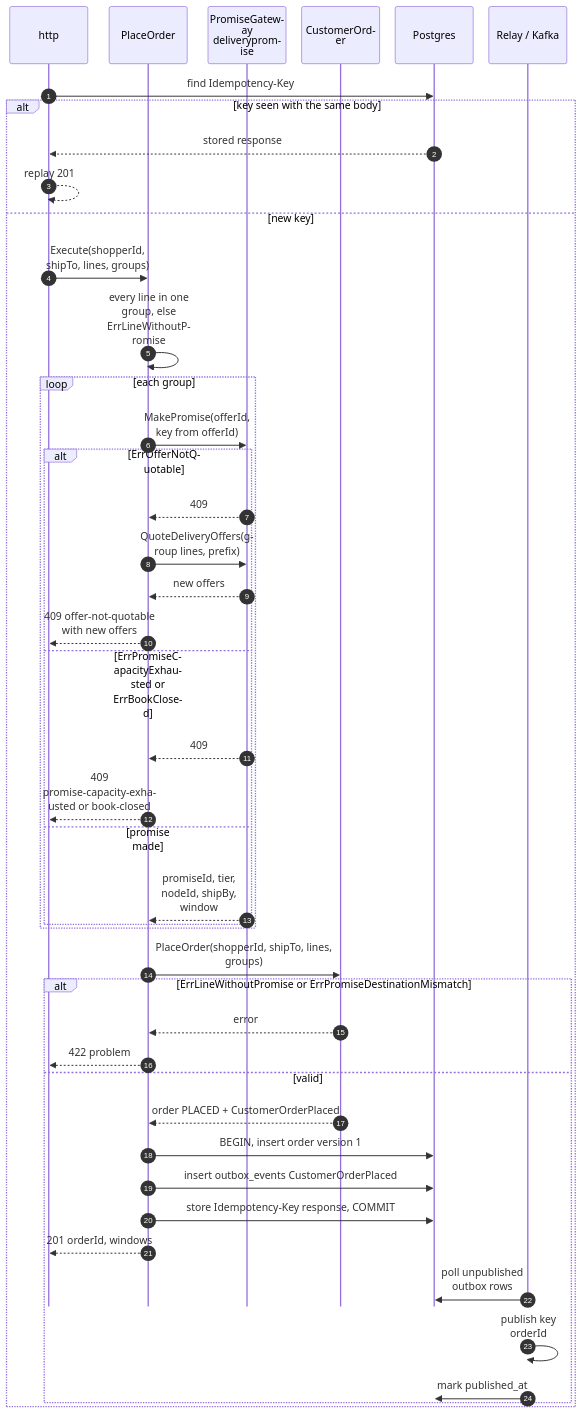
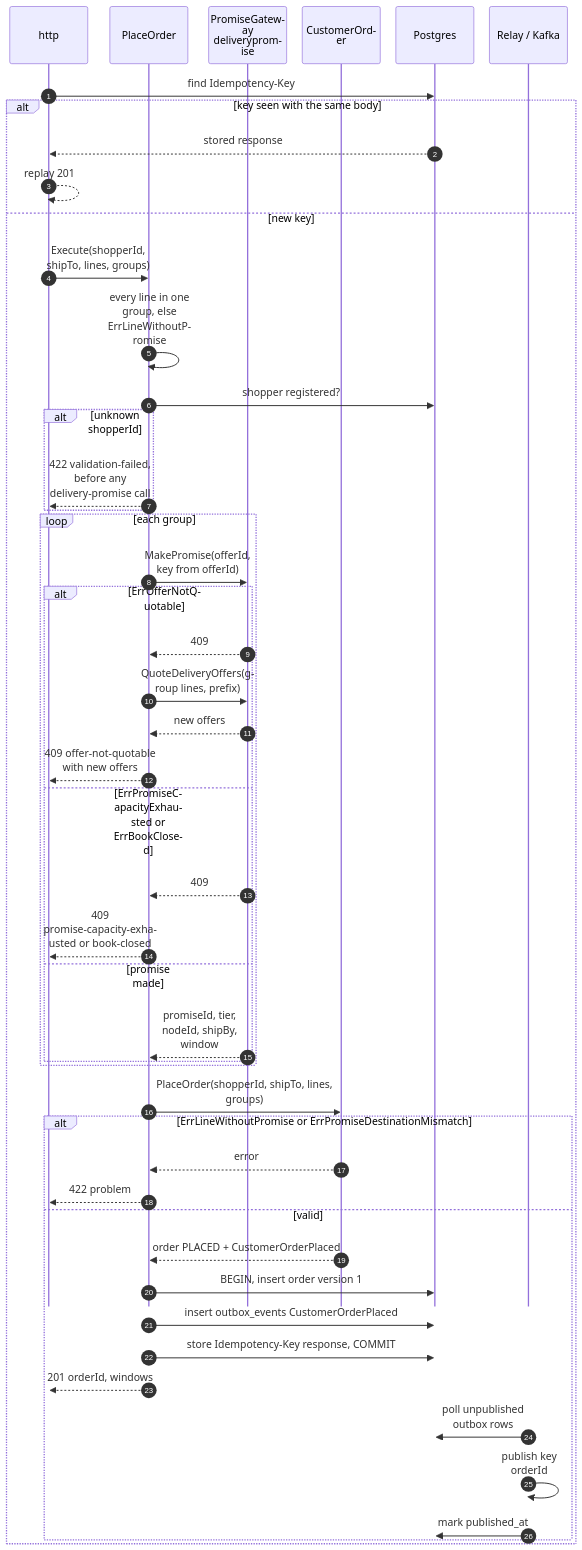
Before and after one commit to IQVO/warehouse-docs: the first of 8 diagrams in network/docs/contexts/customer-ordering/sequence-diagrams.md, drawn with Mermaid. The commit also changed other lines of this file and 11 other files, not shown here.

Commit message:
docs(network): customer-ordering pack and model follow the repo (A9 shopper check, derived status, cancel request, slugs, PromiseUnkeepable)

````diff
--- a/network/docs/contexts/customer-ordering/sequence-diagrams.md
+++ b/network/docs/contexts/customer-ordering/sequence-diagrams.md
@@ -31,47 +31,51 @@
 ```mermaid
 %%{init: {"sequence": {"wrap": true, "width": 120, "actorMargin": 24, "messageMargin": 28, "boxMargin": 6, "noteMargin": 6, "mirrorActors": false}}}%%
 sequenceDiagram
     autonumber
     participant H as http
     participant UC as PlaceOrder
     participant PG as PromiseGateway deliverypromise
     participant A as CustomerOrder
     participant DB as Postgres
     participant K as Relay / Kafka
     H->>DB: find Idempotency-Key
     alt key seen with the same body
         DB-->>H: stored response
         H-->>H: replay 201
     else new key
         H->>UC: Execute(shopperId, shipTo, lines, groups)
         UC->>UC: every line in one group, else ErrLineWithoutPromise
+        UC->>DB: shopper registered?
+        alt unknown shopperId
+            UC-->>H: 422 validation-failed, before any delivery-promise call
+        end
         loop each group
             UC->>PG: MakePromise(offerId, key from offerId)
             alt ErrOfferNotQuotable
                 PG-->>UC: 409
                 UC->>PG: QuoteDeliveryOffers(group lines, prefix)
                 PG-->>UC: new offers
                 UC-->>H: 409 offer-not-quotable with new offers
             else ErrPromiseCapacityExhausted or ErrBookClosed
                 PG-->>UC: 409
                 UC-->>H: 409 promise-capacity-exhausted or book-closed
             else promise made
                 PG-->>UC: promiseId, tier, nodeId, shipBy, window
             end
         end
         UC->>A: PlaceOrder(shopperId, shipTo, lines, groups)
         alt ErrLineWithoutPromise or ErrPromiseDestinationMismatch
             A-->>UC: error
             UC-->>H: 422 problem
         else valid
             A-->>UC: order PLACED + CustomerOrderPlaced
             UC->>DB: BEGIN, insert order version 1
             UC->>DB: insert outbox_events CustomerOrderPlaced
             UC->>DB: store Idempotency-Key response, COMMIT
             UC-->>H: 201 orderId, windows
             K->>DB: poll unpublished outbox rows
             K->>K: publish key orderId
             K->>DB: mark published_at
         end
     end
 ```
````
